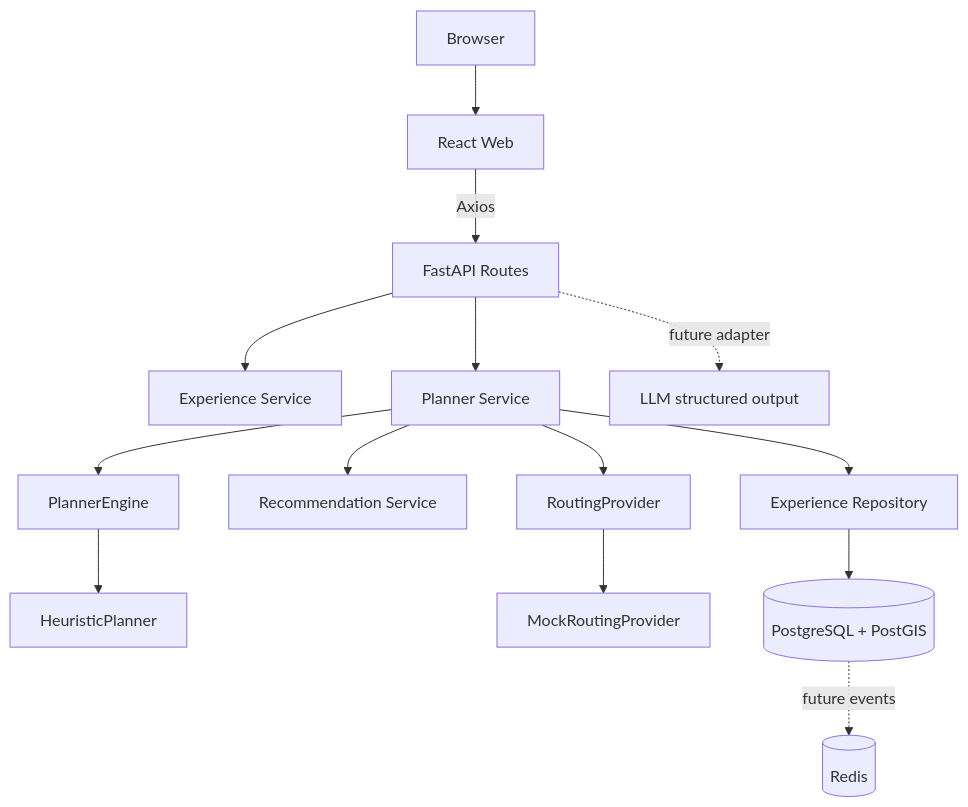
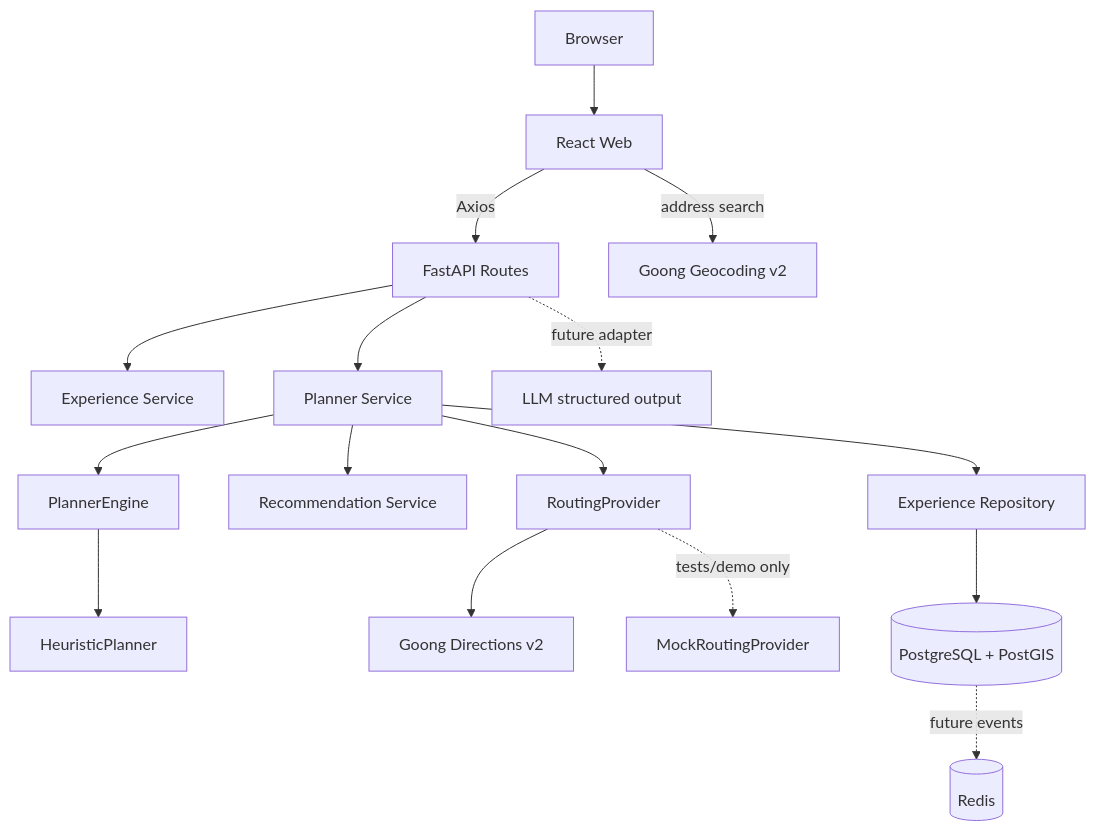
The diagram in docs/architecture.md (NguyenTriBaoThang/LoaclExplorerAI), drawn with Mermaid before and after one commit. The commit also changed other lines of this file and 32 other files, not shown here.

Commit message:
feat(routing): integrate Goong directions and geocoding with route geometry and provenance

````diff
--- a/docs/architecture.md
+++ b/docs/architecture.md
@@ -15,16 +15,19 @@
 ```mermaid
 flowchart TD
     Browser --> Web[React Web]
     Web -->|Axios| Routes[FastAPI Routes]
     Routes --> ES[Experience Service]
     Routes --> PS[Planner Service]
     PS --> Repo[Experience Repository]
     PS --> Reco[Recommendation Service]
     PS --> Engine[PlannerEngine]
     Engine --> Heuristic[HeuristicPlanner]
     PS --> Routing[RoutingProvider]
-    Routing --> Mock[MockRoutingProvider]
+    Routing --> Goong[Goong Directions v2]
+    Geocoding[Goong Geocoding v2]
+    Web -->|address search| Geocoding
+    Routing -. tests/demo only .-> Mock[MockRoutingProvider]
     Repo --> Postgres[(PostgreSQL + PostGIS)]
     Routes -. future adapter .-> LLM[LLM structured output]
     Postgres -. future events .-> Redis[(Redis)]
 ```
````
